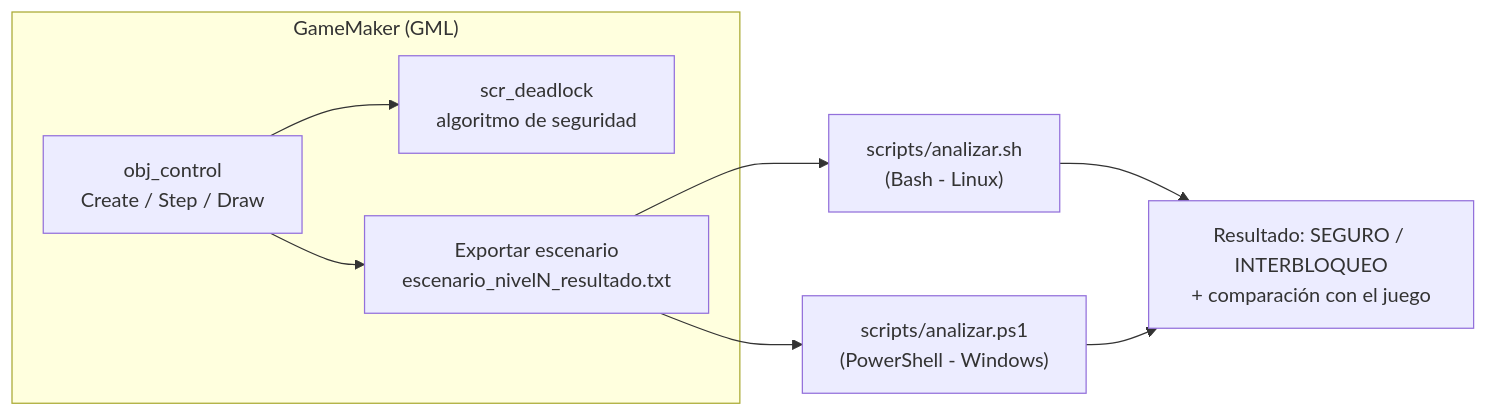
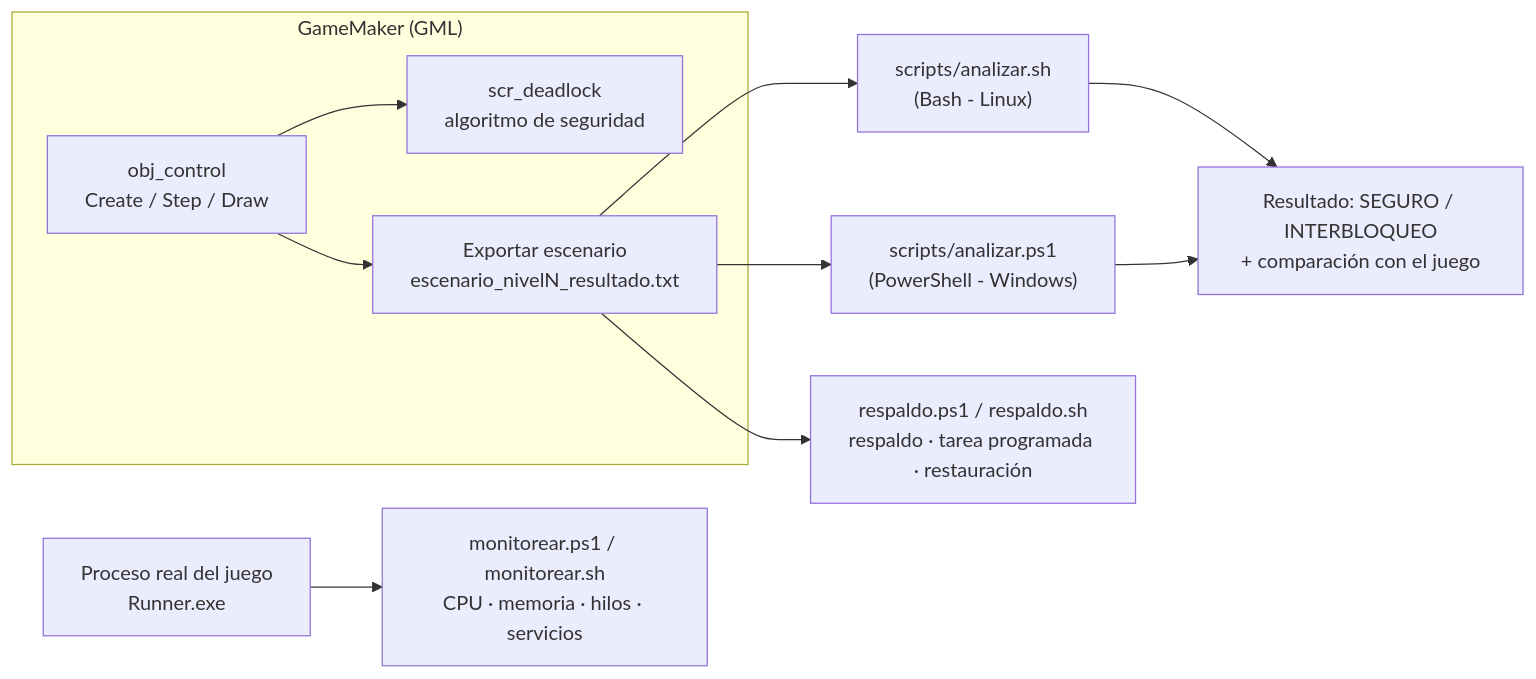
One commit to hyeaspri/DeadlockDungeon_SistemasOperativos_G5 changed the diagram in README.md. Above: the diagram before and after it, drawn with Mermaid. The commit also changed other lines of this file, not shown here.

````diff
--- a/README.md
+++ b/README.md
@@ -89,11 +95,13 @@
 ```mermaid
 flowchart LR
     subgraph GM["GameMaker (GML)"]
         C["obj_control<br/>Create / Step / Draw"] --> S["scr_deadlock<br/>algoritmo de seguridad"]
         C --> E["Exportar escenario<br/>escenario_nivelN_resultado.txt"]
     end
     E --> B["scripts/analizar.sh<br/>(Bash - Linux)"]
     E --> P["scripts/analizar.ps1<br/>(PowerShell - Windows)"]
     B --> R["Resultado: SEGURO / INTERBLOQUEO<br/>+ comparación con el juego"]
     P --> R
+    E --> RES["respaldo.ps1 / respaldo.sh<br/>respaldo · tarea programada · restauración"]
+    G["Proceso real del juego<br/>Runner.exe"] --> M["monitorear.ps1 / monitorear.sh<br/>CPU · memoria · hilos · servicios"]
 ```
````
